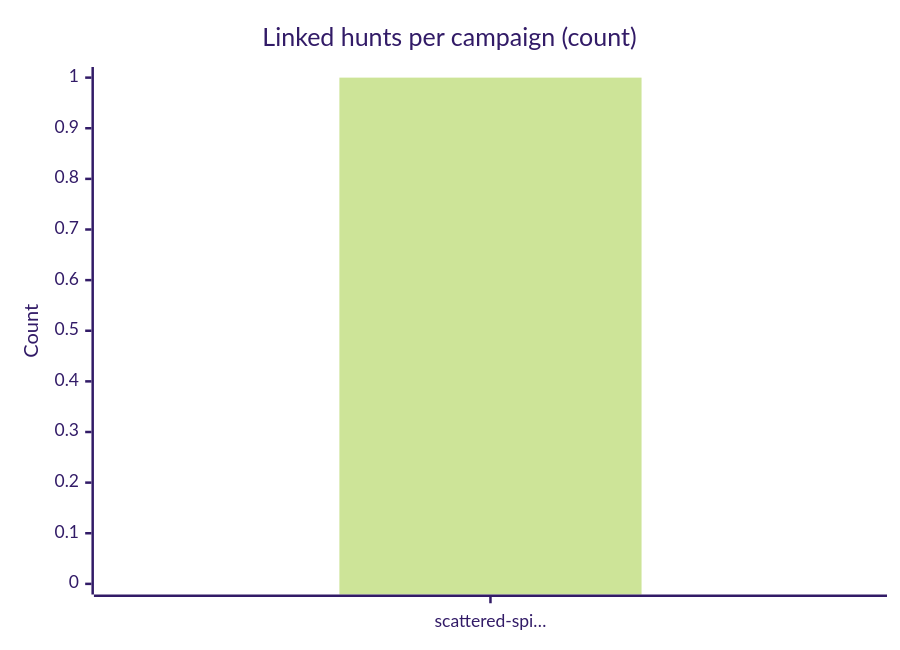
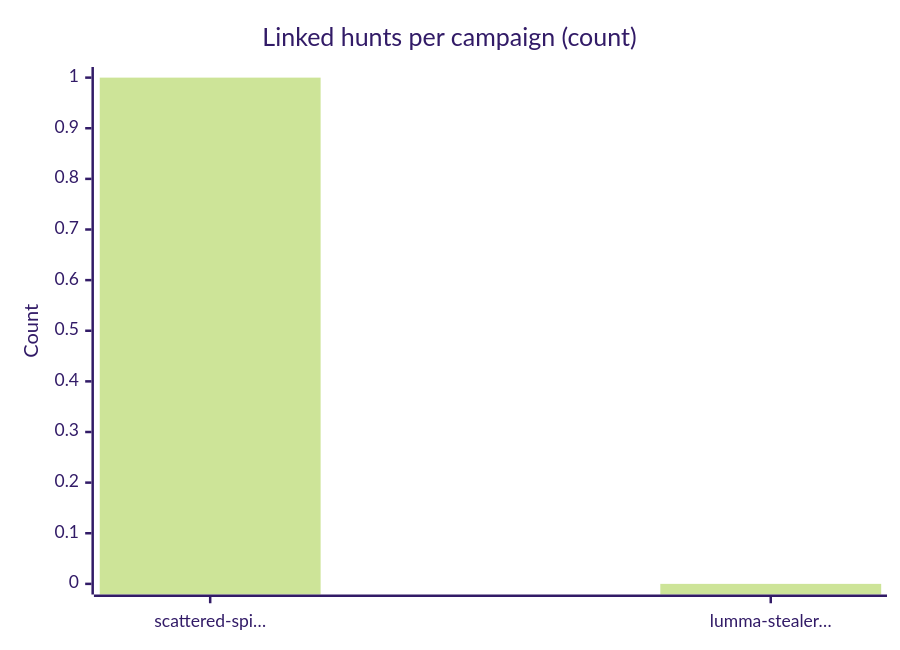
Before and after one commit to SWolfSec/Threat-Hunting-As-Code: the first of 4 diagrams in docs/dashboard.md, drawn with Mermaid (forest theme). The commit also changed other lines of this file and 2 other files, not shown here.

````diff
--- a/docs/dashboard.md
+++ b/docs/dashboard.md
@@ -9,7 +9,7 @@
 ```mermaid
 xychart-beta
     title "Linked hunts per campaign (count)"
-    x-axis ["scattered-spi…"]
+    x-axis ["scattered-spi…", "lumma-stealer…"]
     y-axis "Count" 0 --> 1
-    bar [1]
+    bar [1, 0]
 ```
````
